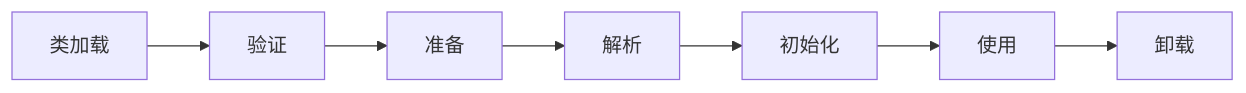
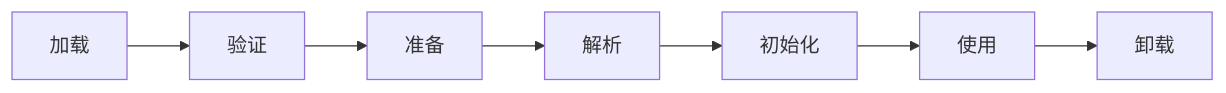
Before and after one commit to mungerism/obsidian: the diagram in Inbox/类的生命周期.md, drawn with Mermaid. The commit also changed 1 other file, not shown here.

Commit message:
vault backup: 2021-01-09 19:09:26

````diff
--- a/Inbox/类的生命周期.md
+++ b/Inbox/类的生命周期.md
@@ -1,4 +1,4 @@
 ```mermaid
 graph LR
-	类加载-->验证-->准备-->解析-->初始化-->使用-->卸载
+	加载-->验证-->准备-->解析-->初始化-->使用-->卸载
 ```
````
